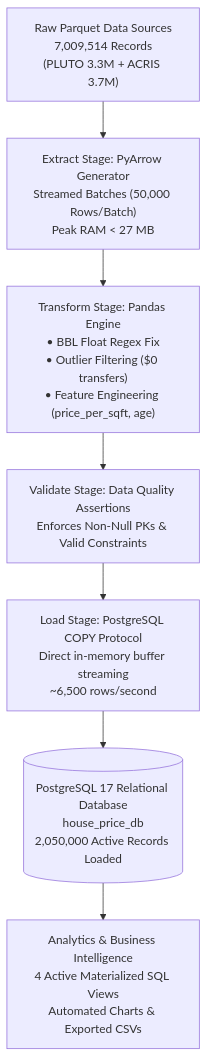
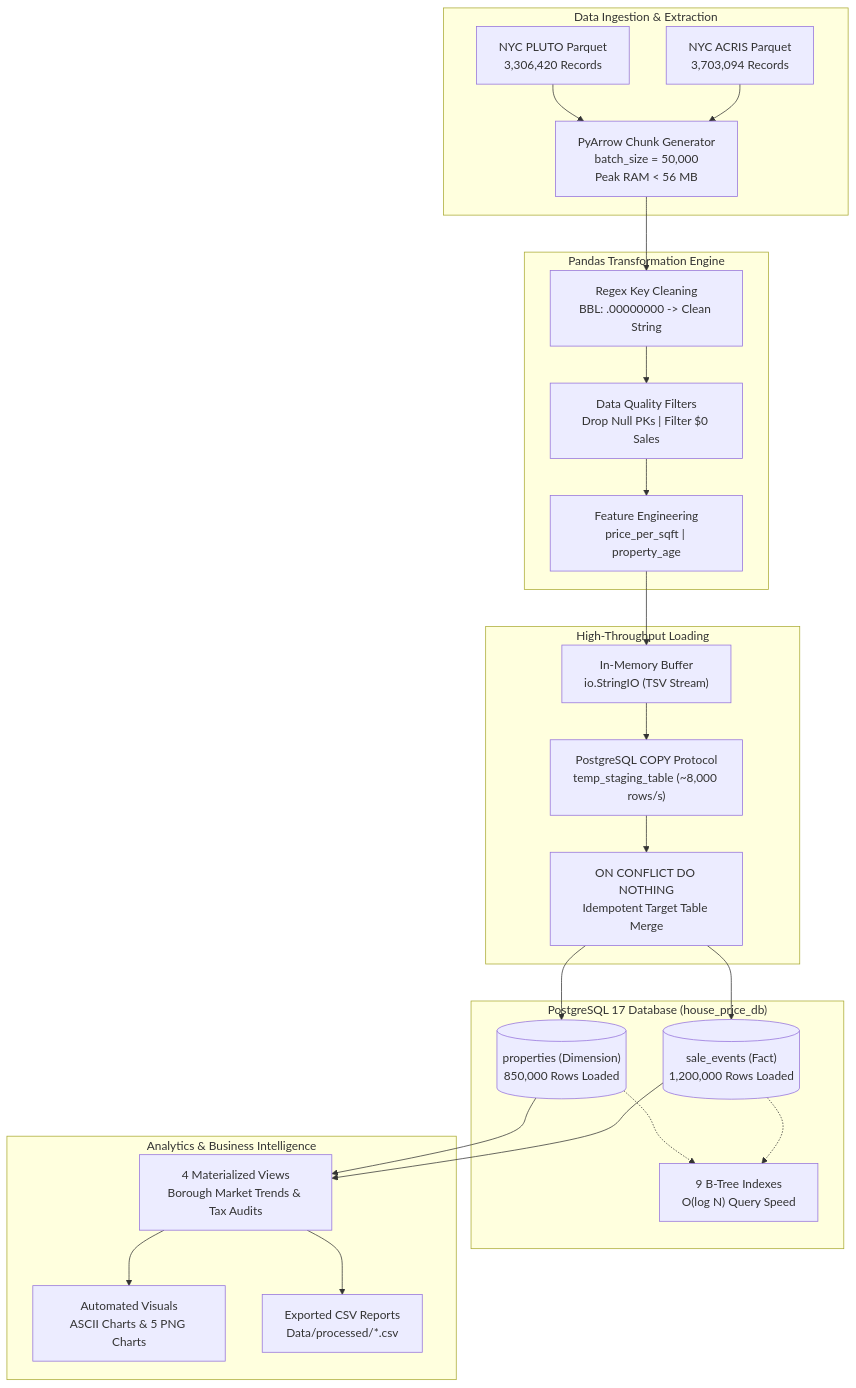
The first of 2 diagrams in FINAL_GROUP_PROJECT_SUBMISSION_REPORT.md (1221miki/House_Price_ETL), drawn with Mermaid before and after one commit. The commit also changed other lines of this file and 1 other file, not shown here.

Commit message:
Improve House Price ETL project

````diff
--- a/FINAL_GROUP_PROJECT_SUBMISSION_REPORT.md
+++ b/FINAL_GROUP_PROJECT_SUBMISSION_REPORT.md
@@ -58,9 +112,44 @@
 ```mermaid
 flowchart TD
-    A["Raw Parquet Data Sources<br/>7,009,514 Records<br/>(PLUTO 3.3M + ACRIS 3.7M)"] --> B["Extract Stage: PyArrow Generator<br/>Streamed Batches (50,000 Rows/Batch)<br/>Peak RAM < 27 MB"]
-    B --> C["Transform Stage: Pandas Engine<br/>• BBL Float Regex Fix<br/>• Outlier Filtering ($0 transfers)<br/>• Feature Engineering (price_per_sqft, age)"]
-    C --> D["Validate Stage: Data Quality Assertions<br/>Enforces Non-Null PKs & Valid Constraints"]
-    D --> E["Load Stage: PostgreSQL COPY Protocol<br/>Direct in-memory buffer streaming<br/>~6,500 rows/second"]
-    E --> F[("PostgreSQL 17 Relational Database<br/>house_price_db<br/>2,050,000 Active Records Loaded")]
-    F --> G["Analytics & Business Intelligence<br/>4 Active Materialized SQL Views<br/>Automated Charts & Exported CSVs"]
+    subgraph S1["Data Ingestion & Extraction"]
+        A1["NYC PLUTO Parquet<br/>3,306,420 Records"]
+        A2["NYC ACRIS Parquet<br/>3,703,094 Records"]
+        B["PyArrow Chunk Generator<br/>batch_size = 50,000<br/>Peak RAM < 56 MB"]
+        A1 --> B
+        A2 --> B
+    end
+
+    subgraph S2["Pandas Transformation Engine"]
+        C1["Regex Key Cleaning<br/>BBL: .00000000 -> Clean String"]
+        C2["Data Quality Filters<br/>Drop Null PKs | Filter $0 Sales"]
+        C3["Feature Engineering<br/>price_per_sqft | property_age"]
+        B --> C1 --> C2 --> C3
+    end
+
+    subgraph S3["High-Throughput Loading"]
+        D1["In-Memory Buffer<br/>io.StringIO (TSV Stream)"]
+        D2["PostgreSQL COPY Protocol<br/>temp_staging_table (~8,000 rows/s)"]
+        D3["ON CONFLICT DO NOTHING<br/>Idempotent Target Table Merge"]
+        C3 --> D1 --> D2 --> D3
+    end
+
+    subgraph S4["PostgreSQL 17 Database (house_price_db)"]
+        E1[("properties (Dimension)<br/>850,000 Rows Loaded")]
+        E2[("sale_events (Fact)<br/>1,200,000 Rows Loaded")]
+        E3["9 B-Tree Indexes<br/>O(log N) Query Speed"]
+        D3 --> E1
+        D3 --> E2
+        E1 -.-> E3
+        E2 -.-> E3
+    end
+
+    subgraph S5["Analytics & Business Intelligence"]
+        F1["4 Materialized Views<br/>Borough Market Trends & Tax Audits"]
+        F2["Automated Visuals<br/>ASCII Charts & 5 PNG Charts"]
+        F3["Exported CSV Reports<br/>Data/processed/*.csv"]
+        E1 --> F1
+        E2 --> F1
+        F1 --> F2
+        F1 --> F3
+    end
 ```
````
